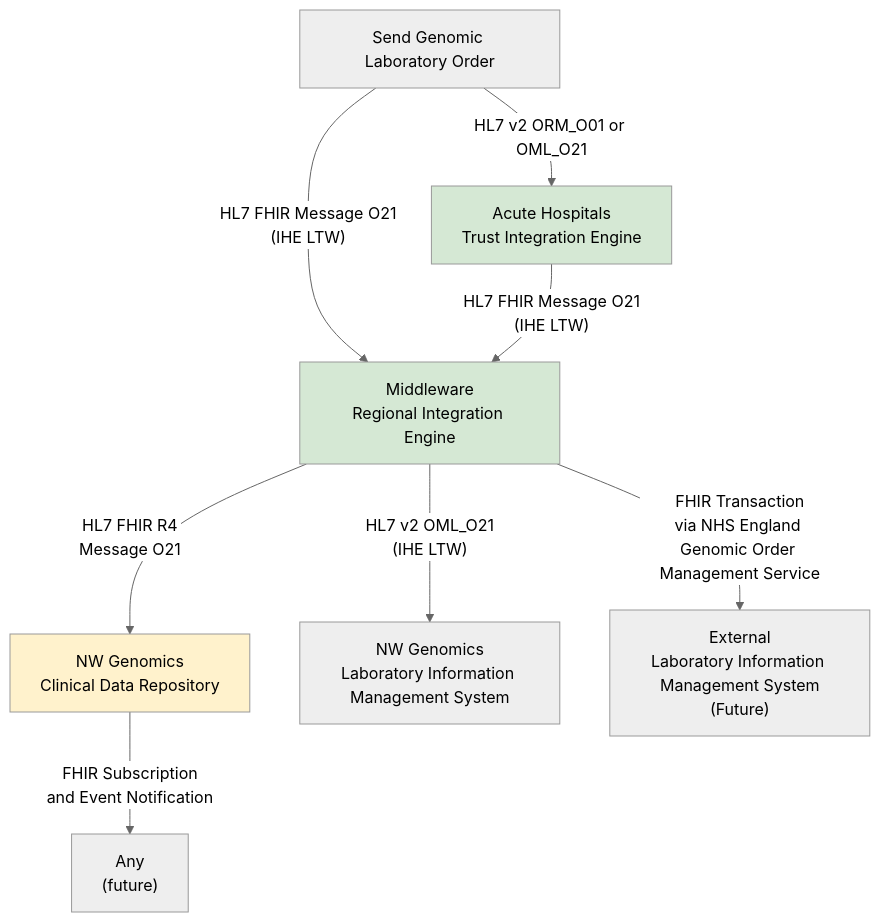
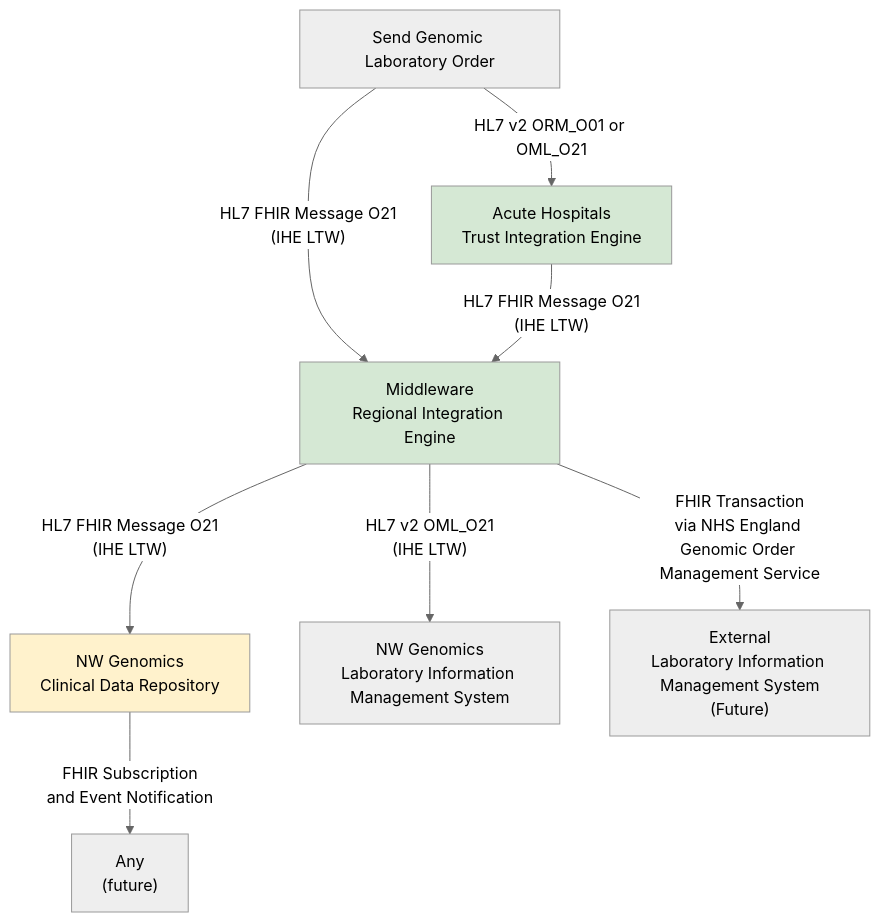
The sixth of 6 diagrams in input/pagecontent/index.md (uk-gov-mirror/nw-gmsa.nw-gmsa.github.com), drawn with Mermaid (neutral theme) before and after one commit. The commit also changed other lines of this file, not shown here.

Commit message:
hyperlinks in mermaid diagram

````diff
--- a/input/pagecontent/index.md
+++ b/input/pagecontent/index.md
@@ -189,16 +193,16 @@
 ```mermaid
 graph TD;
     Receive[Send Genomic Laboratory Order] --> |HL7 v2 ORM_O01 or OML_O21| OR[Acute Hospitals<br/>Trust Integration Engine]
     Receive --> |"HL7 FHIR Message O21<br/>(IHE LTW)"| RIE
     OR --> |"HL7 FHIR Message O21<br/>(IHE LTW)"| RIE[Middleware<br/>Regional Integration Engine] 
-    RIE --> |HL7 FHIR R4<br/>Message O21| CDR[NW Genomics<br/>Clinical Data Repository]
+    RIE --> |"HL7 FHIR Message O21<br/>(IHE LTW)"| CDR[NW Genomics<br/>Clinical Data Repository]
     CDR --> |FHIR Subscription <br/> and Event Notification| Any["Any <br/>(future)"]
     RIE --> |"HL7 v2 OML_O21<br/>(IHE LTW)"| EHRTIE[NW Genomics<br/>Laboratory Information Management System] 
     RIE --> |"FHIR Transaction<br/>via NHS England Genomic Order Management Service"| GOMS["External<br/>Laboratory Information Management System<br/>(Future)"] 
     
     classDef green fill:#D5E8D4;
     classDef yellow fill:#FFF2CC;
     class RIE green;
     class OR green;
     class CDR yellow;
 ```
````
